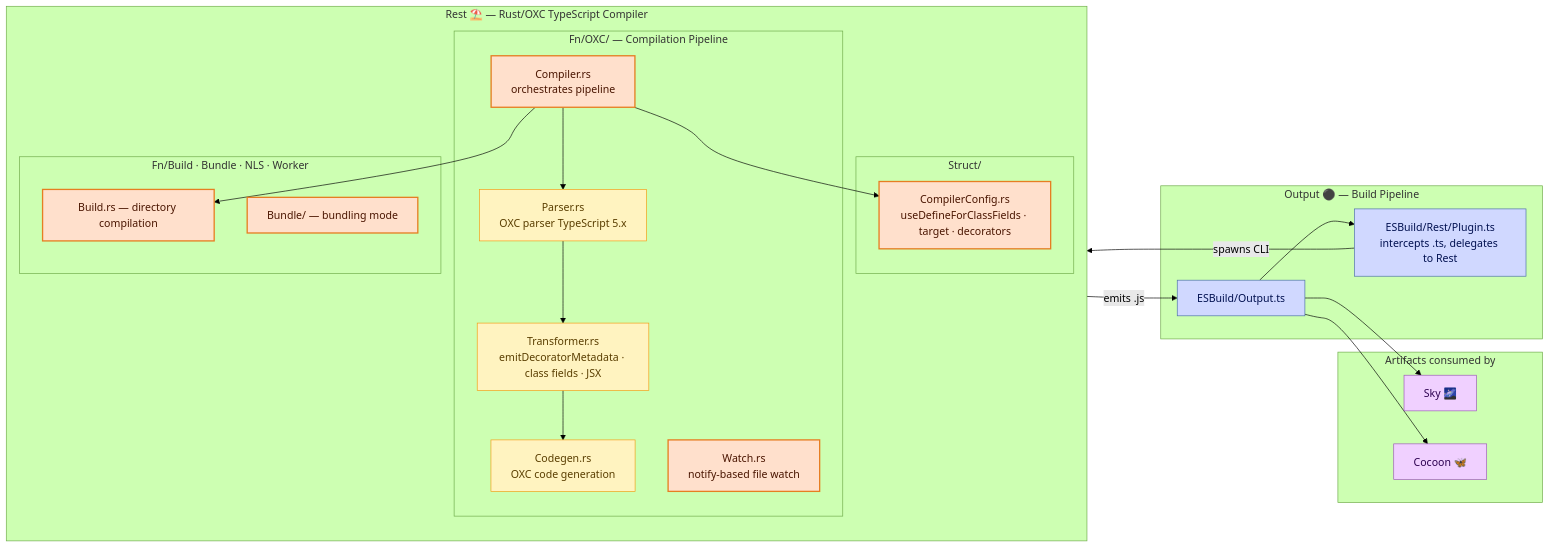
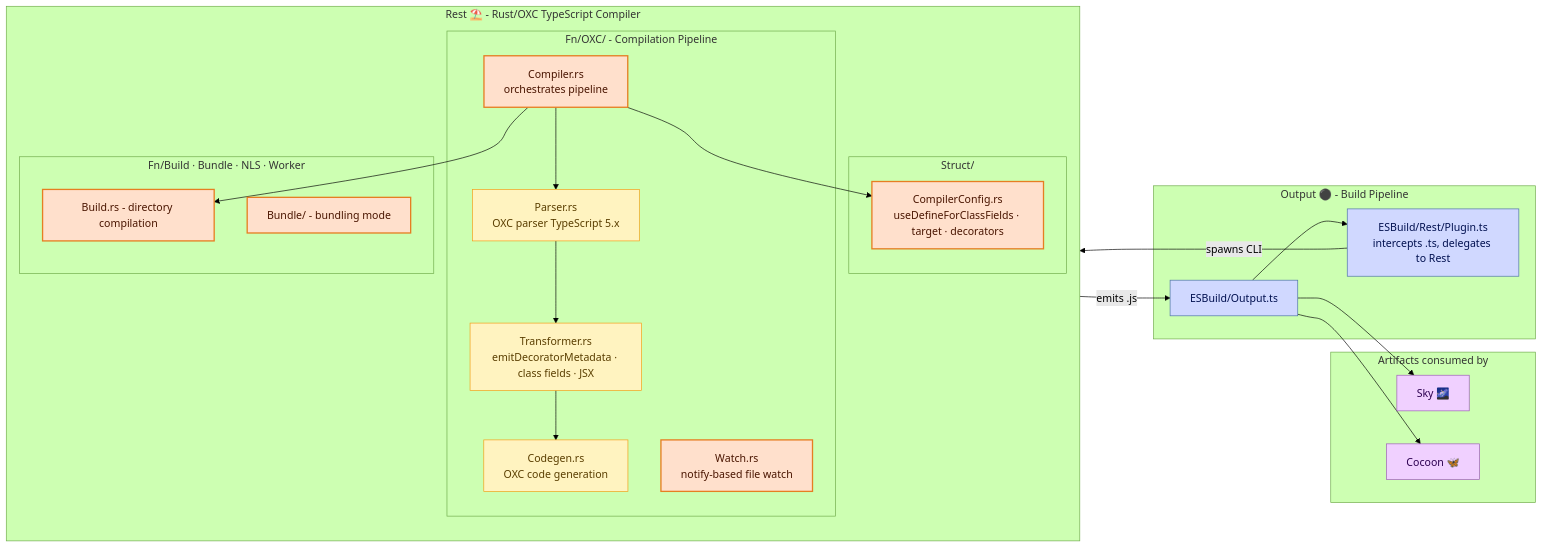
Before and after one commit to CodeEditorLand/Rest: the diagram in README.md, drawn with Mermaid (forest theme).

Commit message:
fix(Rest): Replace em dashes with hyphens in Mermaid diagram labels
Mermaid rendering engines are inconsistent with Unicode em dashes (U+2014) inside quoted subgraph and node labels across platforms (GitHub, VS Code Markdown preview, documentation tooling). Replace all five em dashes in the system architecture diagram with simple hyphens to guarantee consistent rendering regardless of viewer environment.

Affected labels: Rest subgraph title, Compilation Pipeline subgraph title, Build and Bundle mode labels, and Output subgraph title.

````diff
--- a/README.md
+++ b/README.md
@@ -154,52 +154,52 @@
 ```mermaid
 graph LR
     classDef rest     fill:#ffe0cc,stroke:#e67e22,stroke-width:2px,color:#4a1500;
     classDef oxc      fill:#fff3c0,stroke:#f39c12,stroke-width:1px,color:#5a3e00;
     classDef output   fill:#d0d8ff,stroke:#4a6fa5,stroke-width:1px,color:#001050;
     classDef consumer fill:#f0d0ff,stroke:#9b59b6,stroke-width:1px,color:#2c0050;
 
-    subgraph REST["Rest ⛱️ — Rust/OXC TypeScript Compiler"]
+    subgraph REST["Rest ⛱️ - Rust/OXC TypeScript Compiler"]
         direction TB
-        subgraph PIPELINE["Fn/OXC/ — Compilation Pipeline"]
+        subgraph PIPELINE["Fn/OXC/ - Compilation Pipeline"]
             Parser["Parser.rs
 OXC parser TypeScript 5.x"]:::oxc
             Transformer["Transformer.rs
 emitDecoratorMetadata · class fields · JSX"]:::oxc
             Codegen["Codegen.rs
 OXC code generation"]:::oxc
             Compiler["Compiler.rs
 orchestrates pipeline"]:::rest
             Watch["Watch.rs
 notify-based file watch"]:::rest
             Parser --> Transformer --> Codegen
             Compiler --> Parser
         end
         subgraph CONFIG["Struct/"]
             CompilerCfg["CompilerConfig.rs
 useDefineForClassFields · target · decorators"]:::rest
         end
         subgraph MODES["Fn/Build · Bundle · NLS · Worker"]
-            BuildMode["Build.rs — directory compilation"]:::rest
-            BundleMode["Bundle/ — bundling mode"]:::rest
+            BuildMode["Build.rs - directory compilation"]:::rest
+            BundleMode["Bundle/ - bundling mode"]:::rest
         end
         Compiler --> CompilerCfg
         Compiler --> BuildMode
     end
 
-    subgraph OUTPUT["Output ⚫ — Build Pipeline"]
+    subgraph OUTPUT["Output ⚫ - Build Pipeline"]
         ESBuild["ESBuild/Output.ts"]:::output
         RestPlugin["ESBuild/Rest/Plugin.ts
 intercepts .ts, delegates to Rest"]:::output
         ESBuild --> RestPlugin
     end
 
     subgraph CONSUMERS["Artifacts consumed by"]
         Sky["Sky 🌌"]:::consumer
         Cocoon["Cocoon 🦋"]:::consumer
     end
 
     RestPlugin -- spawns CLI --> Compiler
     Compiler -- emits .js --> ESBuild
     ESBuild --> Sky
     ESBuild --> Cocoon
 ```
````
